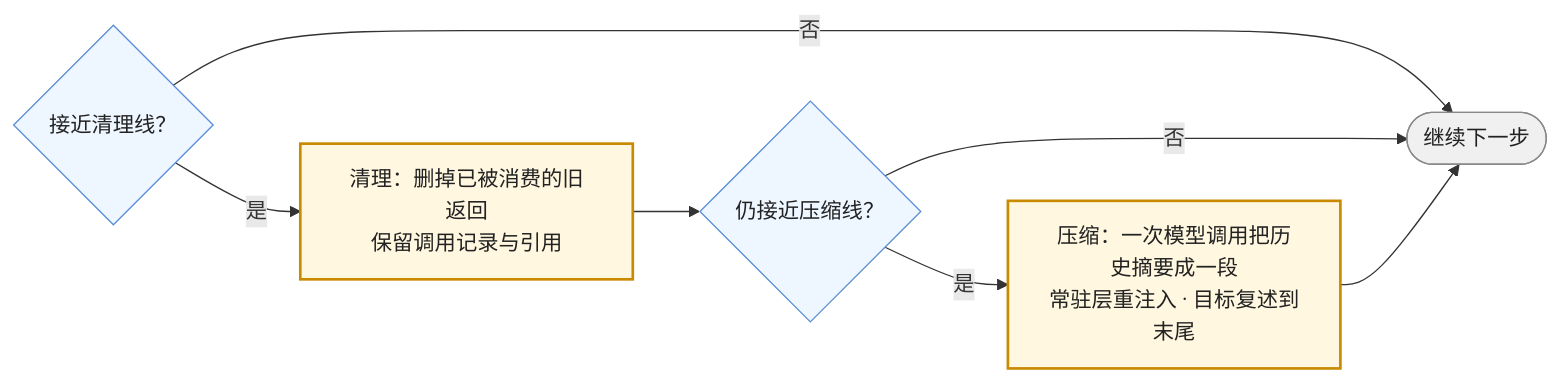
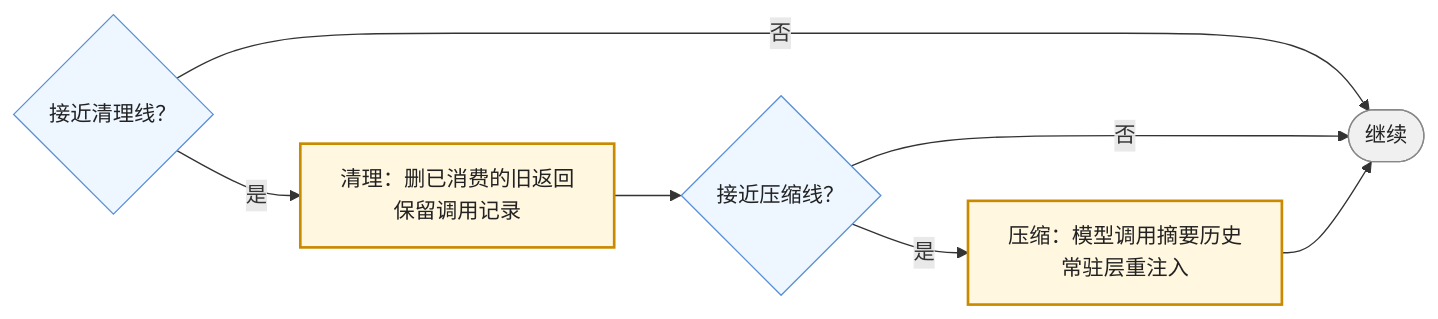
The fourth of 5 diagrams in slides/2026-10-11-context-engineering.md (arganzheng/arganzheng.github.com), drawn with Mermaid before and after one commit. The commit also changed other lines of this file, not shown here.

Commit message:
slides(2026-10-11-context-engineering): 图内文字 ≥14px——标签缩短/拆分/Unicode 数学

````diff
--- a/slides/2026-10-11-context-engineering.md
+++ b/slides/2026-10-11-context-engineering.md
@@ -134,17 +129,17 @@
 ```mermaid
 %%{init: {"flowchart": {"wrappingWidth": 190}}}%%
 flowchart LR
-    Q2{"接近清理线？"} -->|"是"| CLR["清理：删掉已被消费的旧返回<br/>保留调用记录与引用"]
-    Q2 -->|"否"| GO(["继续下一步"])
-    CLR --> Q3{"仍接近压缩线？"}
+    Q2{"接近清理线？"} -->|"是"| CLR["清理：删已消费的旧返回<br/>保留调用记录"]
+    Q2 -->|"否"| GO(["继续"])
+    CLR --> Q3{"接近压缩线？"}
     Q3 -->|"否"| GO
-    Q3 -->|"是"| CMP["压缩：一次模型调用把历史摘要成一段<br/>常驻层重注入 · 目标复述到末尾"]
+    Q3 -->|"是"| CMP["压缩：模型调用摘要历史<br/>常驻层重注入"]
     CMP --> GO
 
     classDef step fill:#fff7e0,stroke:#c98a00,stroke-width:2px,color:#222
     classDef dec fill:#eef6ff,stroke:#5b8fd6,color:#222
     classDef stop fill:#f0f0f0,stroke:#888,color:#222
     class CLR,CMP step
     class Q2,Q3 dec
     class GO stop
 ```
````
